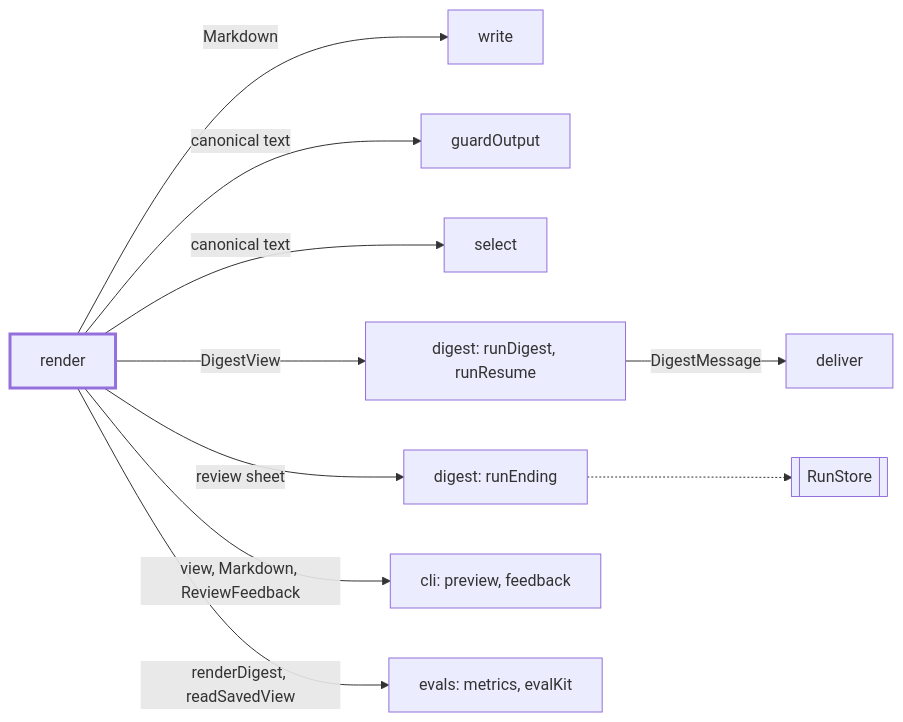
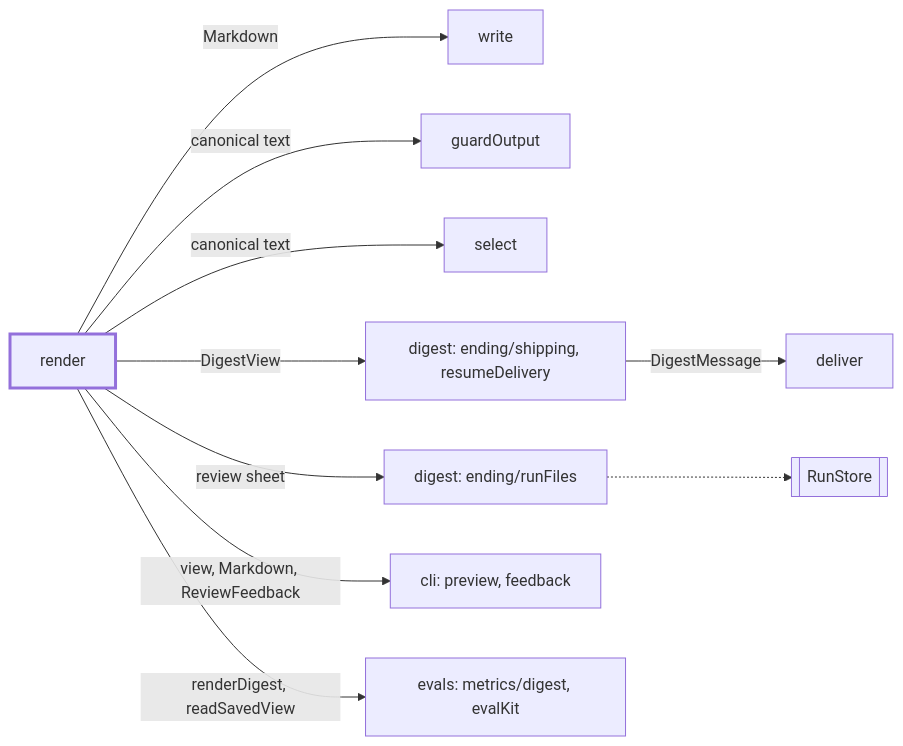
Before and after one commit to odere-pro/weekly-engineering-digest-agent: the first of 2 diagrams in src/render/CLAUDE.md, drawn with Mermaid. The commit also changed other lines of this file and 119 other files, not shown here.

````diff
--- a/src/render/CLAUDE.md
+++ b/src/render/CLAUDE.md
@@ -10,10 +10,10 @@
 ```mermaid
 flowchart LR
   render:::focus -->|"Markdown"| write
   render -->|"canonical text"| guardOutput & select
-  render -->|"DigestView"| digest["digest: runDigest, runResume"] -->|"DigestMessage"| deliver
-  render -->|"review sheet"| ending["digest: runEnding"] -.-> store[[RunStore]]
+  render -->|"DigestView"| digest["digest: ending/shipping, resumeDelivery"] -->|"DigestMessage"| deliver
+  render -->|"review sheet"| ending["digest: ending/runFiles"] -.-> store[[RunStore]]
   render -->|"view, Markdown, ReviewFeedback"| cli["cli: preview, feedback"]
-  render -->|"renderDigest, readSavedView"| evals["evals: metrics, evalKit"]
+  render -->|"renderDigest, readSavedView"| evals["evals: metrics/digest, evalKit"]
   classDef focus stroke-width:3px
 ```
````
